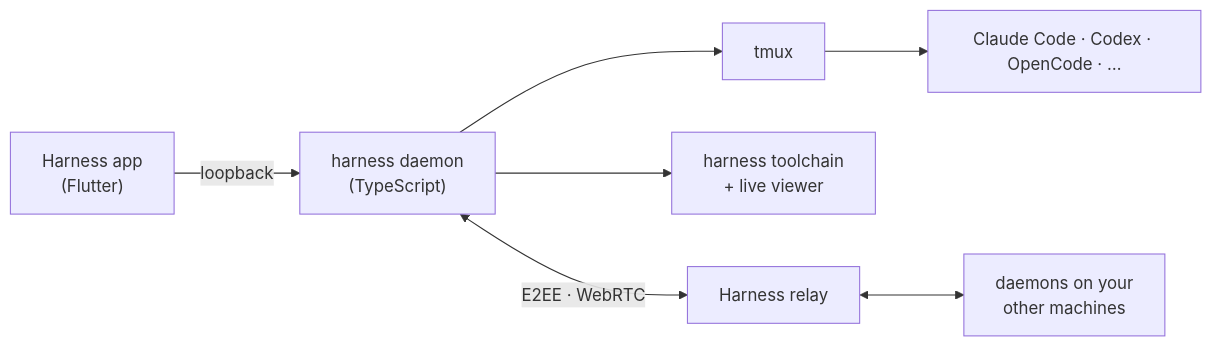
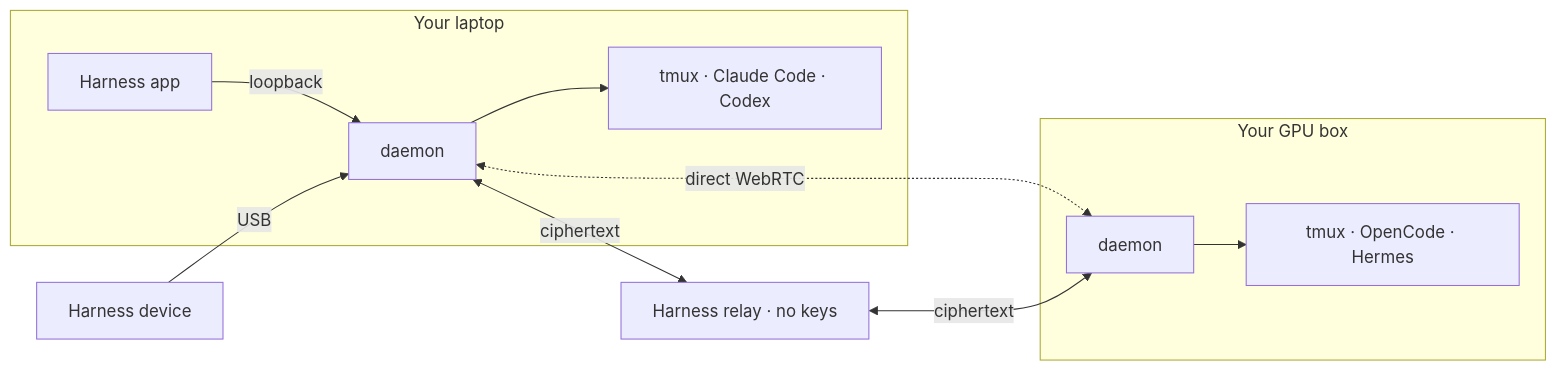
Before and after one commit to autonomous-ai/openharness: the diagram in README.md, drawn with Mermaid. The commit also changed other lines of this file and 7 other files, not shown here.

First line of the commit message:
Finish the README: how it works, the device, and the harness catalog

````diff
--- a/README.md
+++ b/README.md
@@ -174,8 +76,14 @@
 ```mermaid
 flowchart LR
-  app["Harness app<br/>(Flutter)"] -- loopback --> daemon["harness daemon<br/>(TypeScript)"]
-  daemon --> tmux["tmux"] --> agents["Claude Code · Codex · OpenCode · …"]
-  daemon --> dsh["harness toolchain<br/>+ live viewer"]
-  daemon <-- "E2EE · WebRTC" --> relay["Harness relay"]
-  relay <--> remote["daemons on your<br/>other machines"]
+  subgraph laptop["Your laptop"]
+    app["Harness app"] -- loopback --> d1["daemon"]
+    d1 --> a1["tmux · Claude Code · Codex"]
+  end
+  subgraph box["Your GPU box"]
+    d2["daemon"] --> a2["tmux · OpenCode · Hermes"]
+  end
+  device["Harness device"] -- USB --> d1
+  d1 <-. "direct WebRTC" .-> d2
+  d1 <-- "ciphertext" --> relay["Harness relay · no keys"]
+  relay <-- "ciphertext" --> d2
 ```
````
